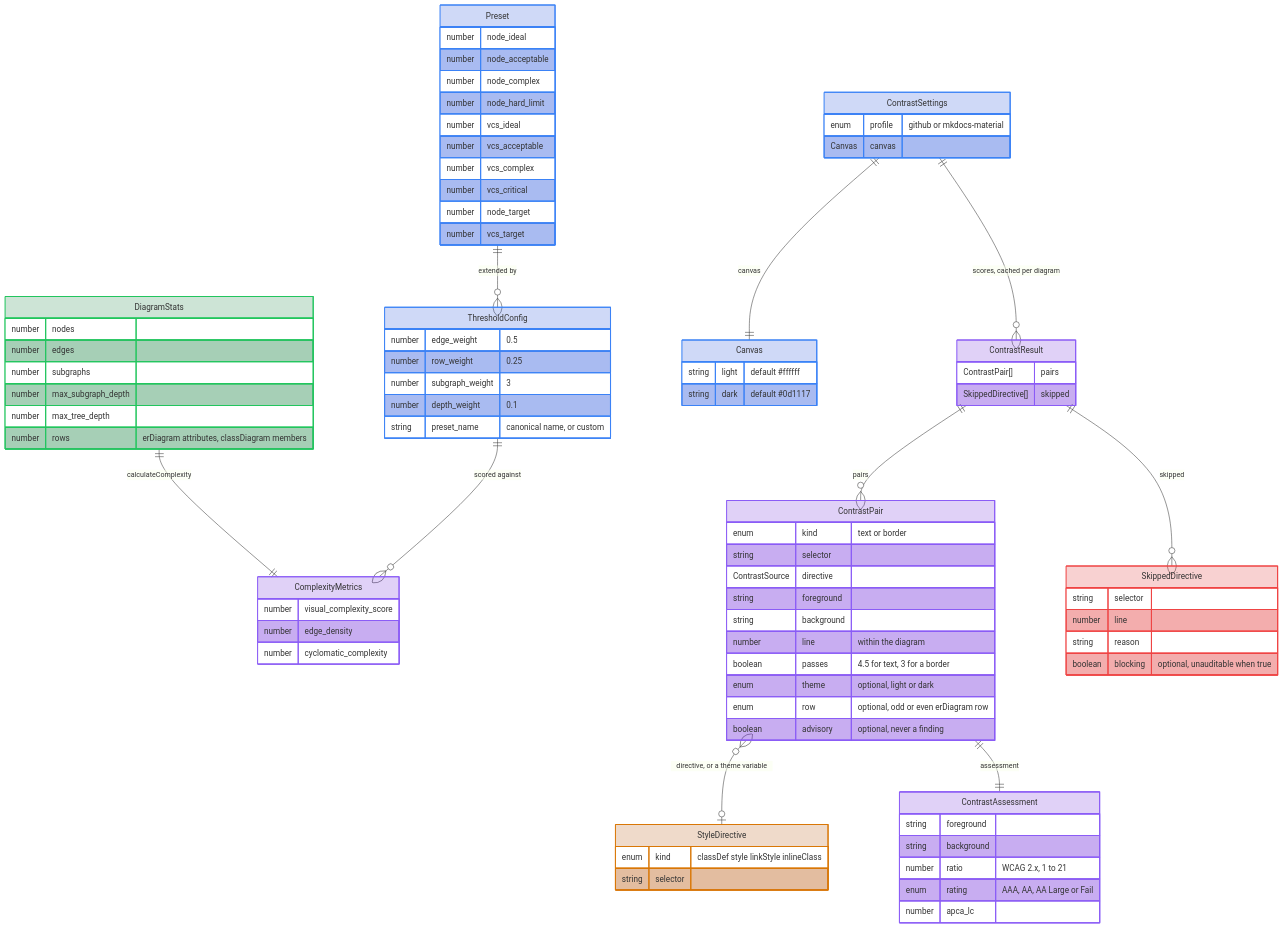
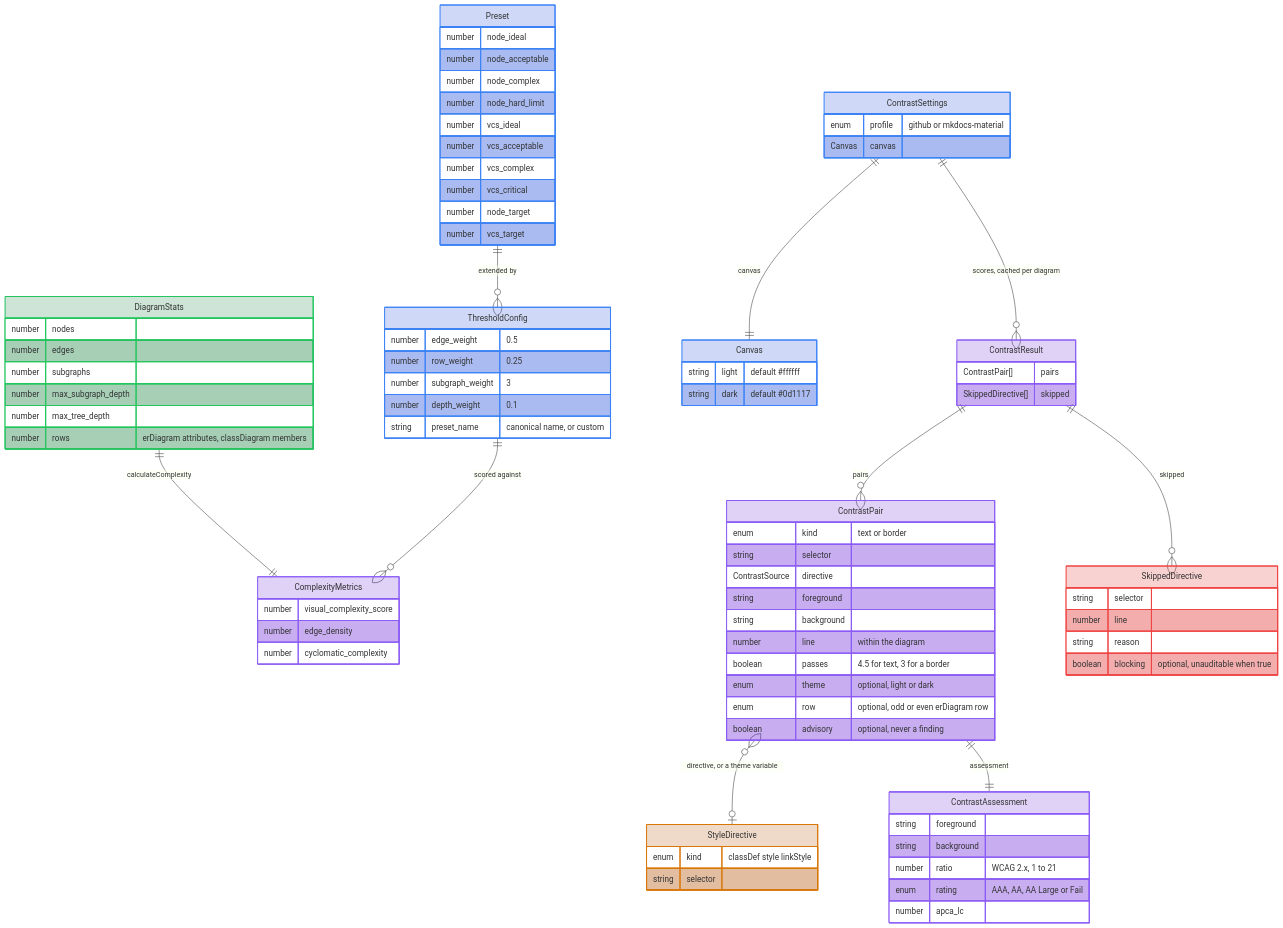
The sixth of 16 diagrams in docs/DATA_MODEL.md (jpeakai/jpai-mermaidjs-lint), drawn with Mermaid before and after one commit. The commit also changed other lines of this file and 18 other files, not shown here.

First line of the commit message:
Read style directives and contrast positions from mermaid's parser

```diff
--- a/docs/DATA_MODEL.md
+++ b/docs/DATA_MODEL.md
@@ -314,7 +314,7 @@
         number apca_lc
     }
     StyleDirective {
-        enum kind "classDef style linkStyle inlineClass"
+        enum kind "classDef style linkStyle"
         string selector
     }
 
```
